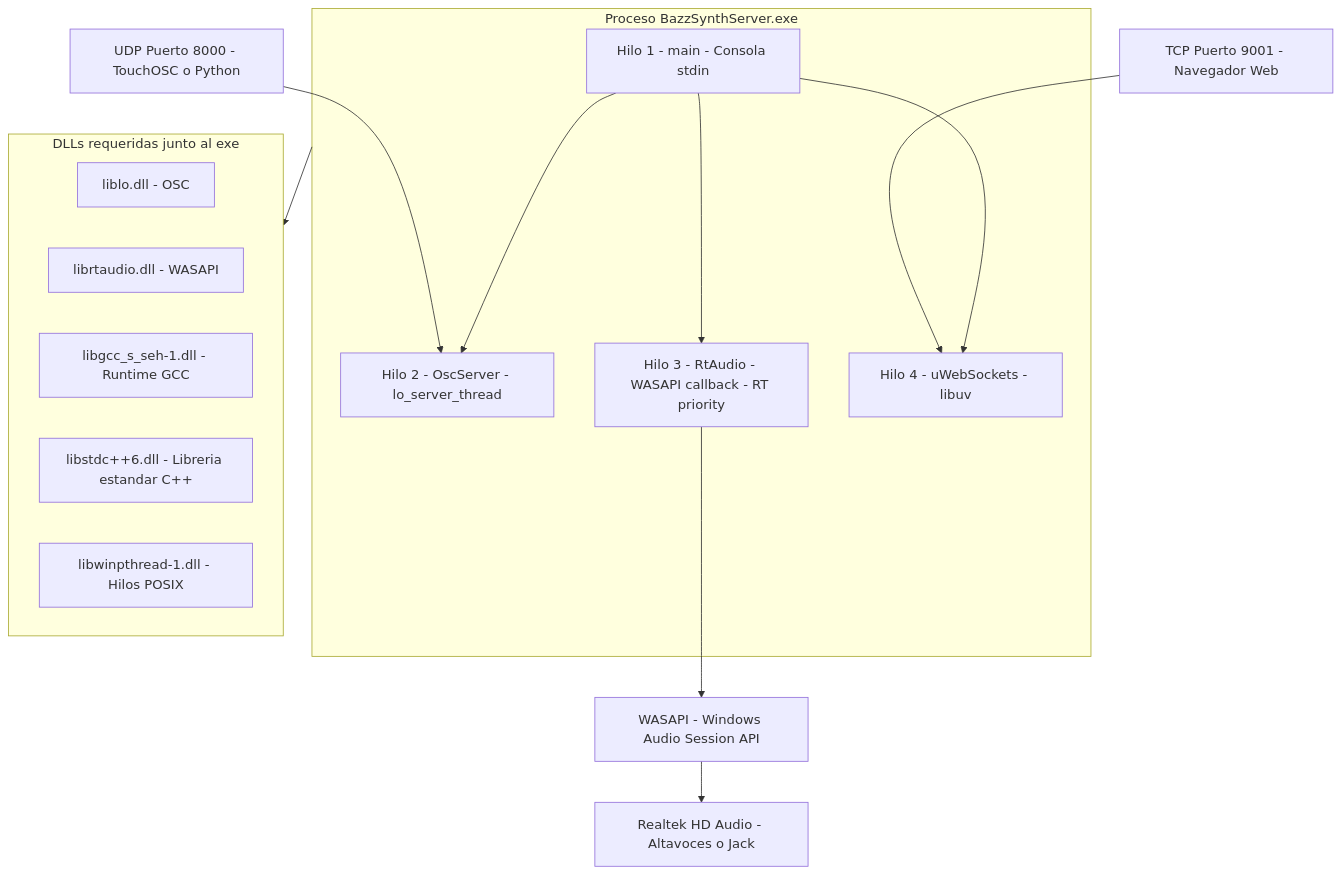
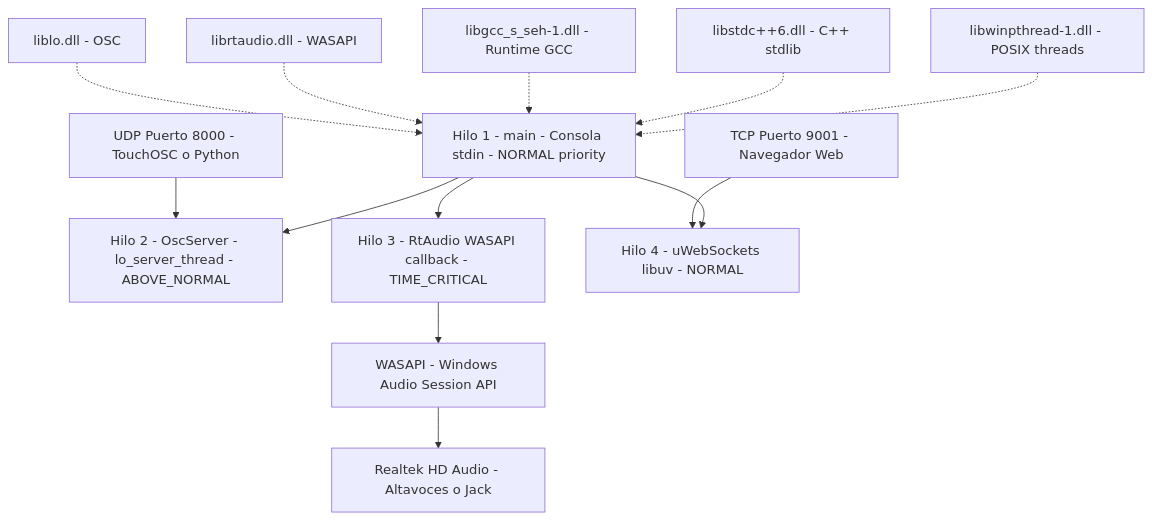
Before and after one commit to Zann181/sintetizador: the eighth of 12 diagrams in README.md, drawn with Mermaid. The commit also changed other lines of this file and 21 other files, not shown here.

````diff
--- a/README.md
+++ b/README.md
@@ -1249,32 +1126,33 @@
 ```mermaid
 graph TD
     UDP_IN["UDP Puerto 8000 - TouchOSC o Python"]
     WS_IN["TCP Puerto 9001 - Navegador Web"]
 
-    subgraph WIN_PROC["Proceso BazzSynthServer.exe"]
-        MAIN_T["Hilo 1 - main - Consola stdin"]
-        OSC_T["Hilo 2 - OscServer - lo_server_thread"]
-        AUDIO_T["Hilo 3 - RtAudio - WASAPI callback - RT priority"]
-        WS_T["Hilo 4 - uWebSockets - libuv"]
-    end
+    MAIN_T["Hilo 1 - main - Consola stdin - NORMAL priority"]
+    OSC_T["Hilo 2 - OscServer - lo_server_thread - ABOVE_NORMAL"]
+    AUDIO_T["Hilo 3 - RtAudio WASAPI callback - TIME_CRITICAL"]
+    WS_T["Hilo 4 - uWebSockets libuv - NORMAL"]
 
-    subgraph WIN_DLLS["DLLs requeridas junto al exe"]
-        DLL_LO["liblo.dll - OSC"]
-        DLL_RT["librtaudio.dll - WASAPI"]
-        DLL_GCC["libgcc_s_seh-1.dll - Runtime GCC"]
-        DLL_STD["libstdc++6.dll - Libreria estandar C++"]
-        DLL_PT["libwinpthread-1.dll - Hilos POSIX"]
-    end
+    DLL_LO["liblo.dll - OSC"]
+    DLL_RT["librtaudio.dll - WASAPI"]
+    DLL_GCC["libgcc_s_seh-1.dll - Runtime GCC"]
+    DLL_STD["libstdc++6.dll - C++ stdlib"]
+    DLL_PT["libwinpthread-1.dll - POSIX threads"]
 
     WASAPI["WASAPI - Windows Audio Session API"]
     REALTEK["Realtek HD Audio - Altavoces o Jack"]
 
     UDP_IN --> OSC_T
     WS_IN --> WS_T
     MAIN_T --> OSC_T
     MAIN_T --> AUDIO_T
     MAIN_T --> WS_T
     AUDIO_T --> WASAPI
     WASAPI --> REALTEK
-    WIN_PROC --> WIN_DLLS
+
+    DLL_LO -.-> MAIN_T
+    DLL_RT -.-> MAIN_T
+    DLL_GCC -.-> MAIN_T
+    DLL_STD -.-> MAIN_T
+    DLL_PT -.-> MAIN_T
 ```
````
